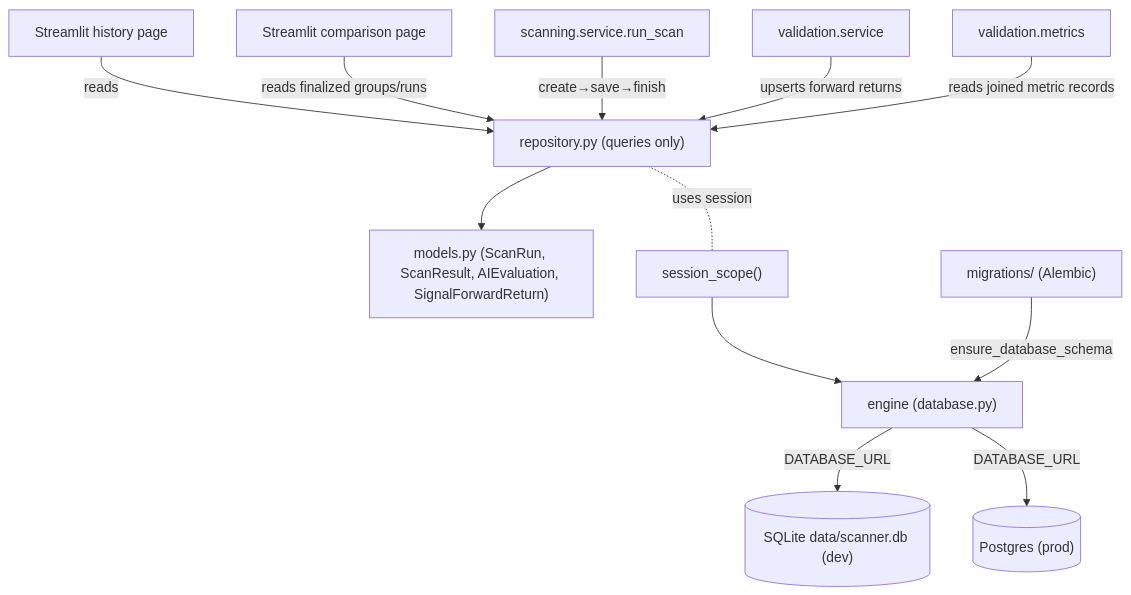
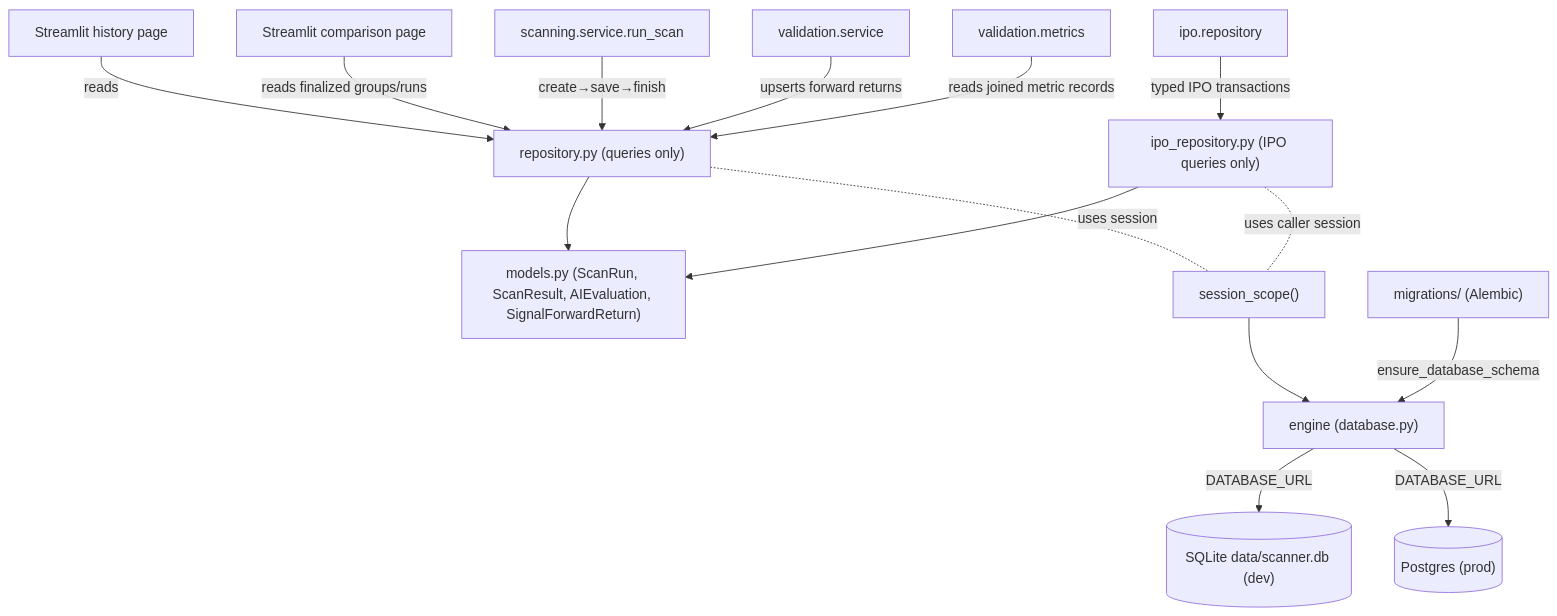
Before and after one commit to DoRmAmMu1997/Streamlit-Scanner-App: the diagram in docs/architecture/components/storage-persistence.md, drawn with Mermaid. The commit also changed other lines of this file and 4 other files, not shown here.

Commit message:
docs: reconcile IPO cross-cutting architecture

````diff
--- a/docs/architecture/components/storage-persistence.md
+++ b/docs/architecture/components/storage-persistence.md
@@ -29,14 +31,17 @@
 ```mermaid
 flowchart TD
     UI["Streamlit history page"] -->|reads| REPO["repository.py (queries only)"]
     CMP["Streamlit comparison page"] -->|reads finalized groups/runs| REPO
     SVC["scanning.service.run_scan"] -->|create→save→finish| REPO
     VAL["validation.service"] -->|upserts forward returns| REPO
     MET["validation.metrics"] -->|reads joined metric records| REPO
+    IPO["ipo.repository"] -->|typed IPO transactions| IPOREPO["ipo_repository.py (IPO queries only)"]
     REPO --> MODELS["models.py (ScanRun, ScanResult, AIEvaluation, SignalForwardReturn)"]
+    IPOREPO --> MODELS
     REPO -.uses session.- SS["session_scope()"]
+    IPOREPO -.uses caller session.- SS
     SS --> ENG["engine (database.py)"]
     ENG -->|DATABASE_URL| SQLITE[("SQLite data/scanner.db (dev)")]
     ENG -->|DATABASE_URL| PG[("Postgres (prod)")]
     ALEMBIC["migrations/ (Alembic)"] -->|ensure_database_schema| ENG
 ```
````
